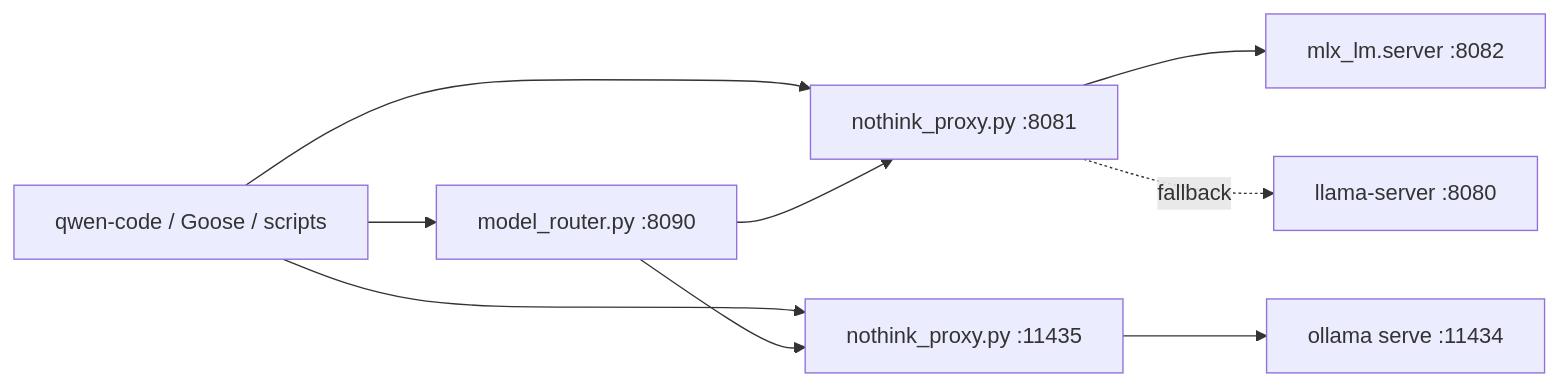
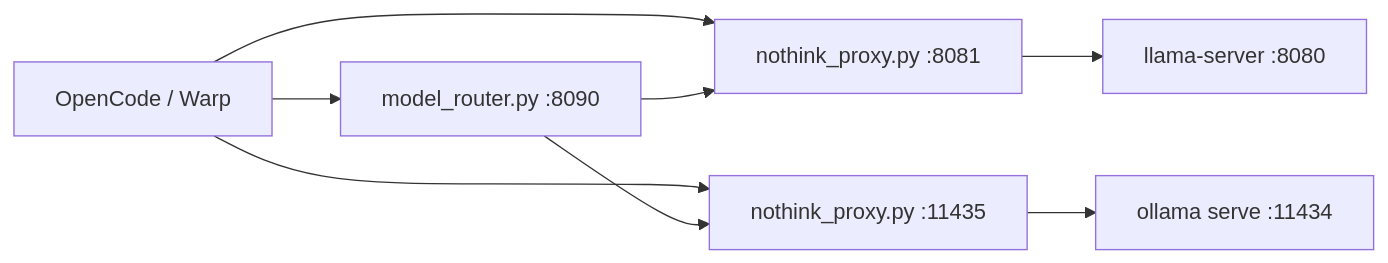
One commit to roubachof/ai-local-dev changed the diagram in docs/ARCHITECTURE.md. Above: the diagram before and after it, drawn with Mermaid. The commit also changed other lines of this file and 24 other files, not shown here.

First line of the commit message:
chore: cleanup unused files and simplify to OpenCode + Warp focus

````diff
--- a/docs/ARCHITECTURE.md
+++ b/docs/ARCHITECTURE.md
@@ -7,19 +7,17 @@
 ```mermaid
 flowchart LR
-    C[qwen-code / Goose / scripts]
+    C[OpenCode / Warp]
     P27[nothink_proxy.py :8081]
     P35[nothink_proxy.py :11435]
     R[model_router.py :8090]
-    MLX[mlx_lm.server :8082]
     Llama[llama-server :8080]
     Ollama[ollama serve :11434]
 
     C --> P27
     C --> P35
     C --> R
     R --> P27
     R --> P35
-    P27 --> MLX
-    P27 -. fallback .-> Llama
+    P27 --> Llama
     P35 --> Ollama
 ```
````
